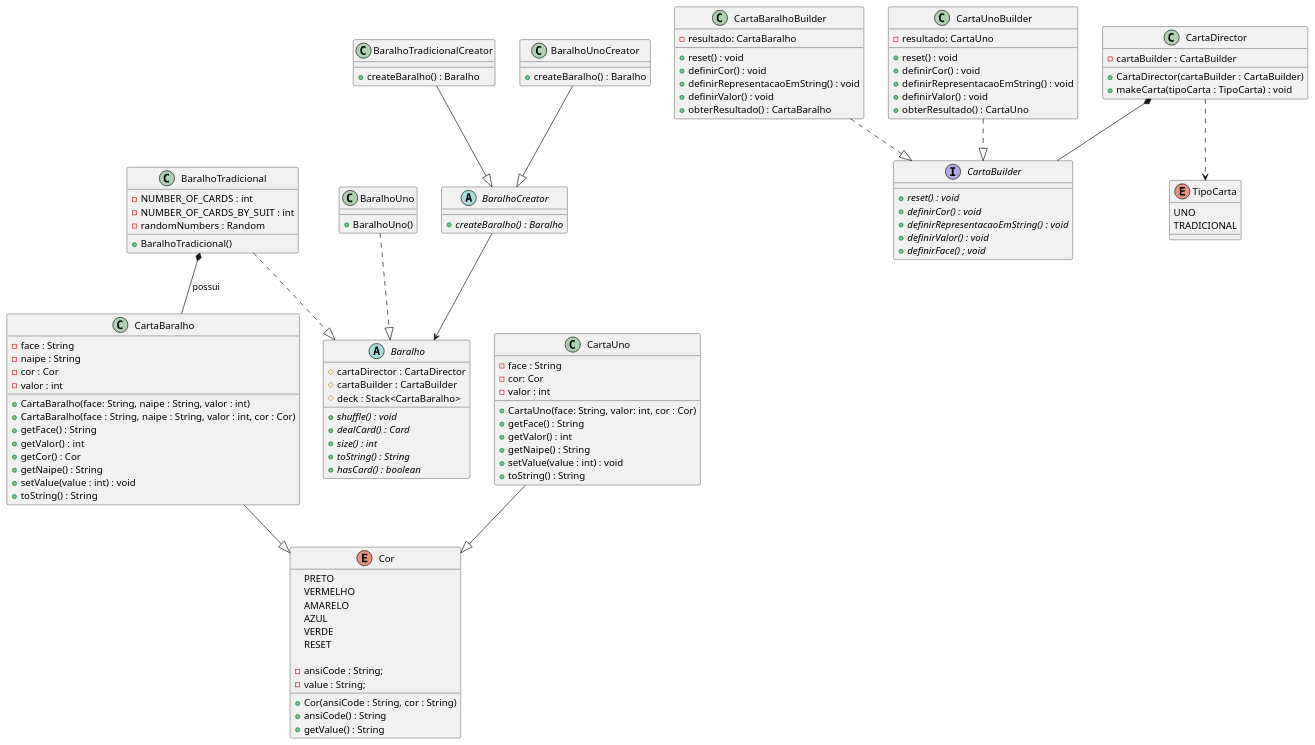
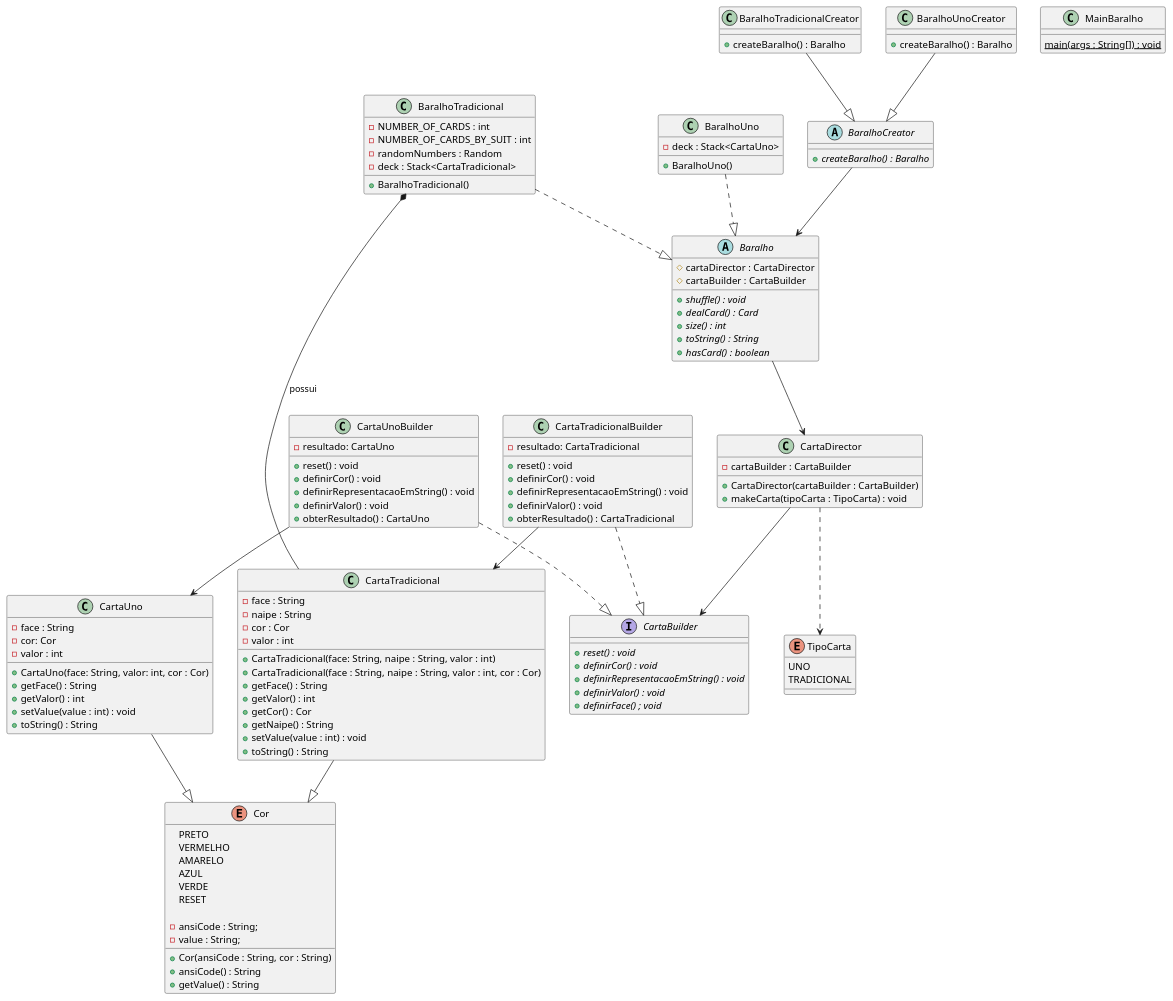
The diagram in docs/diagrama_com_factory.plantuml (yagocdj/Segunda-colaborativa-padroes), drawn with PlantUML before and after one commit. The commit also changed 15 other files, not shown here.

Commit message:
feat: implementar o baralho com cartas e criar diagrama de classes

```diff
--- a/docs/diagrama_com_factory.plantuml
+++ b/docs/diagrama_com_factory.plantuml
@@ -1,154 +1,164 @@
 @startuml diagrama_com_factory
 
 '--------- Produto ---------------
 abstract class Baralho {
     # cartaDirector : CartaDirector 
     # cartaBuilder : CartaBuilder
-    # deck : Stack<CartaBaralho>
 
     + {abstract} shuffle() : void
     + {abstract} dealCard() : Card
     + {abstract} size() : int
     + {abstract} toString() : String
     + {abstract} hasCard() : boolean    
 }
 
 class BaralhoTradicional {
     - NUMBER_OF_CARDS : int
     - NUMBER_OF_CARDS_BY_SUIT : int
     - randomNumbers : Random
+    - deck : Stack<CartaTradicional>
+
 
     + BaralhoTradicional()
 }
 
 class BaralhoUno {
+    - deck : Stack<CartaUno>
     + BaralhoUno()
 
 }
 
 '------------------------------
 
 '------------Creator-----------
 
 abstract class BaralhoCreator {
     + {abstract} createBaralho() : Baralho
 }
 
 class BaralhoTradicionalCreator {
     + createBaralho() : Baralho
 }
 
 class BaralhoUnoCreator {
     + createBaralho() : Baralho
 }
 
 '-------------------------------
 
 '------------Carta--------------
-class CartaBaralho {
+class CartaTradicional {
     - face : String
     - naipe : String
     - cor : Cor
     - valor : int
 
-    + CartaBaralho(face: String, naipe : String, valor : int)
-    + CartaBaralho(face : String, naipe : String, valor : int, cor : Cor)
+    + CartaTradicional(face: String, naipe : String, valor : int)
+    + CartaTradicional(face : String, naipe : String, valor : int, cor : Cor)
     + getFace() : String
     + getValor() : int
     + getCor() : Cor
     + getNaipe() : String
     + setValue(value : int) : void
     + toString() : String
 }
 
 class CartaUno {
     - face : String
     - cor: Cor
     - valor : int
 
     + CartaUno(face: String, valor: int, cor : Cor)
     + getFace() : String
     + getValor() : int
-    + getNaipe() : String
     + setValue(value : int) : void
     + toString() : String
 }
 
 interface CartaBuilder {
     + {abstract} reset() : void
     + {abstract} definirCor() : void
     + {abstract} definirRepresentacaoEmString() : void
     + {abstract} definirValor() : void
     + {abstract} definirFace() ; void
 }
 
-class CartaBaralhoBuilder {
-    - resultado: CartaBaralho
+class CartaTradicionalBuilder {
+    - resultado: CartaTradicional
     
     + reset() : void
     + definirCor() : void
     + definirRepresentacaoEmString() : void
     + definirValor() : void
-    + obterResultado() : CartaBaralho
+    + obterResultado() : CartaTradicional
 }
 
 class CartaUnoBuilder {
     - resultado: CartaUno
     
     + reset() : void
     + definirCor() : void
     + definirRepresentacaoEmString() : void
     + definirValor() : void
     + obterResultado() : CartaUno
 }
 
 class CartaDirector {
     - cartaBuilder : CartaBuilder
 
     + CartaDirector(cartaBuilder : CartaBuilder)
     + makeCarta(tipoCarta : TipoCarta) : void
 }
 
 enum TipoCarta{
     UNO
     TRADICIONAL
 }
 
 enum Cor {
 	PRETO
     VERMELHO
 	AMARELO
     AZUL
     VERDE
 	RESET
 	
 	- ansiCode : String;
 	- value : String;
 
 	+ Cor(ansiCode : String, cor : String)
 	+ ansiCode() : String
 	+ getValue() : String
 }
 
+class MainBaralho {
+    {static} main(args : String[]) : void
+}
+
 '--------------------------------------------------
 
 BaralhoTradicional ..|> Baralho
 BaralhoUno ..|> Baralho
 
 BaralhoTradicionalCreator --|> BaralhoCreator
 BaralhoUnoCreator --|> BaralhoCreator
 
 BaralhoCreator --> Baralho
 
-BaralhoTradicional *-- CartaBaralho : "possui"
+BaralhoTradicional *-- CartaTradicional : "possui"
 
 CartaUnoBuilder ..|> CartaBuilder
-CartaBaralhoBuilder ..|> CartaBuilder
+CartaTradicionalBuilder ..|> CartaBuilder
 
-CartaBaralho --|> Cor
+CartaTradicional --|> Cor
 CartaUno --|> Cor
 
-CartaDirector *-- CartaBuilder
+CartaDirector --> CartaBuilder
 CartaDirector ..> TipoCarta
 
+Baralho --> CartaDirector
+
+CartaUnoBuilder --> CartaUno
+CartaTradicionalBuilder --> CartaTradicional
+
 @enduml
```
